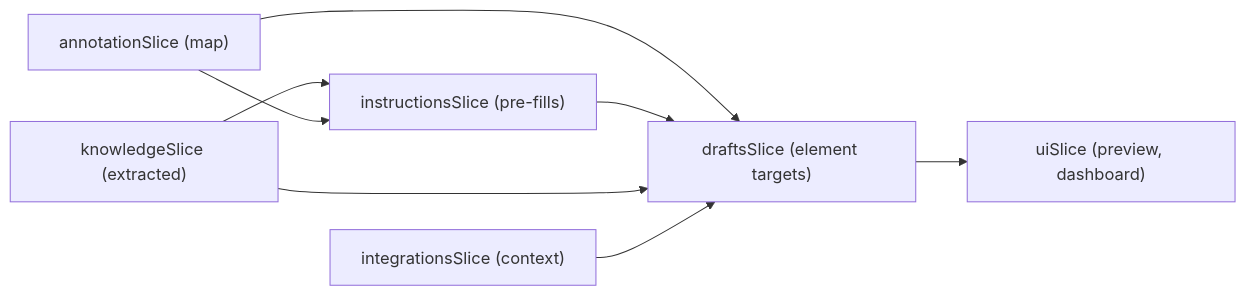
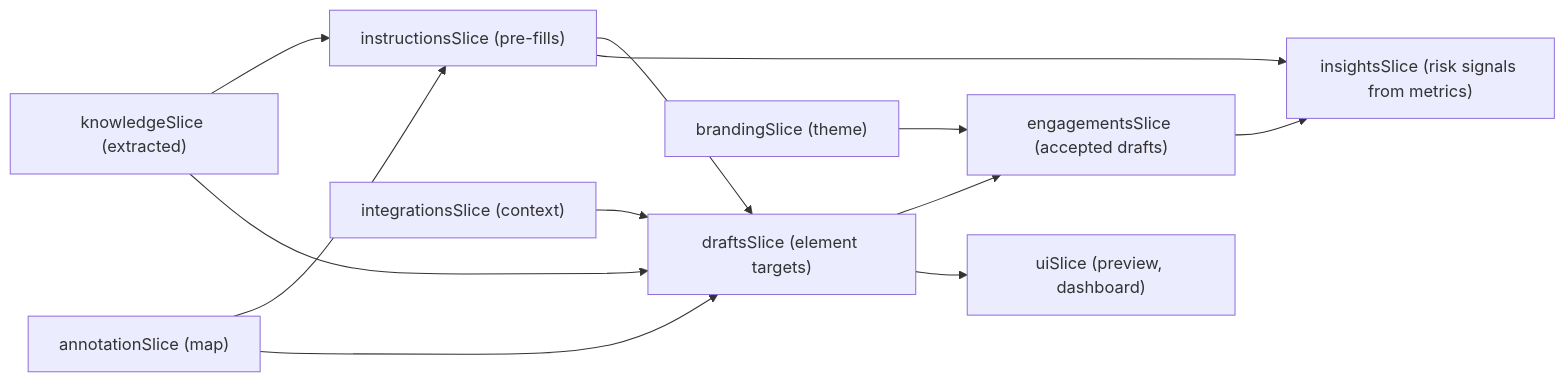
Before and after one commit to sumeetha/orbital.ai: the diagram in orbital-admin-prototype-spec.md, drawn with Mermaid. The commit also changed other lines of this file and 44 other files, not shown here.

````diff
--- a/orbital-admin-prototype-spec.md
+++ b/orbital-admin-prototype-spec.md
@@ -765,10 +1080,14 @@
 ```mermaid
 flowchart LR
     Knowledge["knowledgeSlice (extracted)"] --> Instructions["instructionsSlice (pre-fills)"]
     Annotation["annotationSlice (map)"] --> Instructions
     Annotation --> Drafts["draftsSlice (element targets)"]
     Instructions --> Drafts
+    Instructions --> Insights["insightsSlice (risk signals from metrics)"]
     Knowledge --> Drafts
     Integrations["integrationsSlice (context)"] --> Drafts
+    Drafts --> Engagements["engagementsSlice (accepted drafts)"]
+    Engagements --> Insights
     Drafts --> UI["uiSlice (preview, dashboard)"]
+    Branding["brandingSlice (theme)"] --> Engagements
 ```
````
